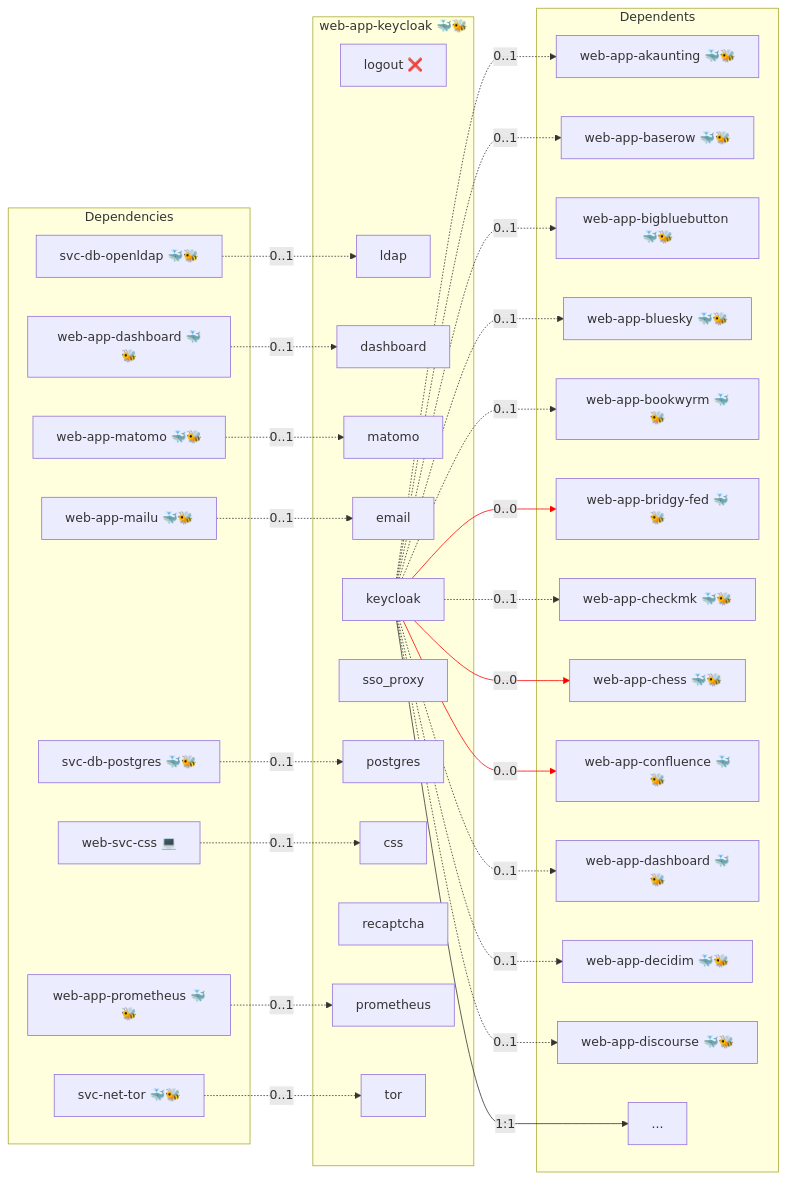
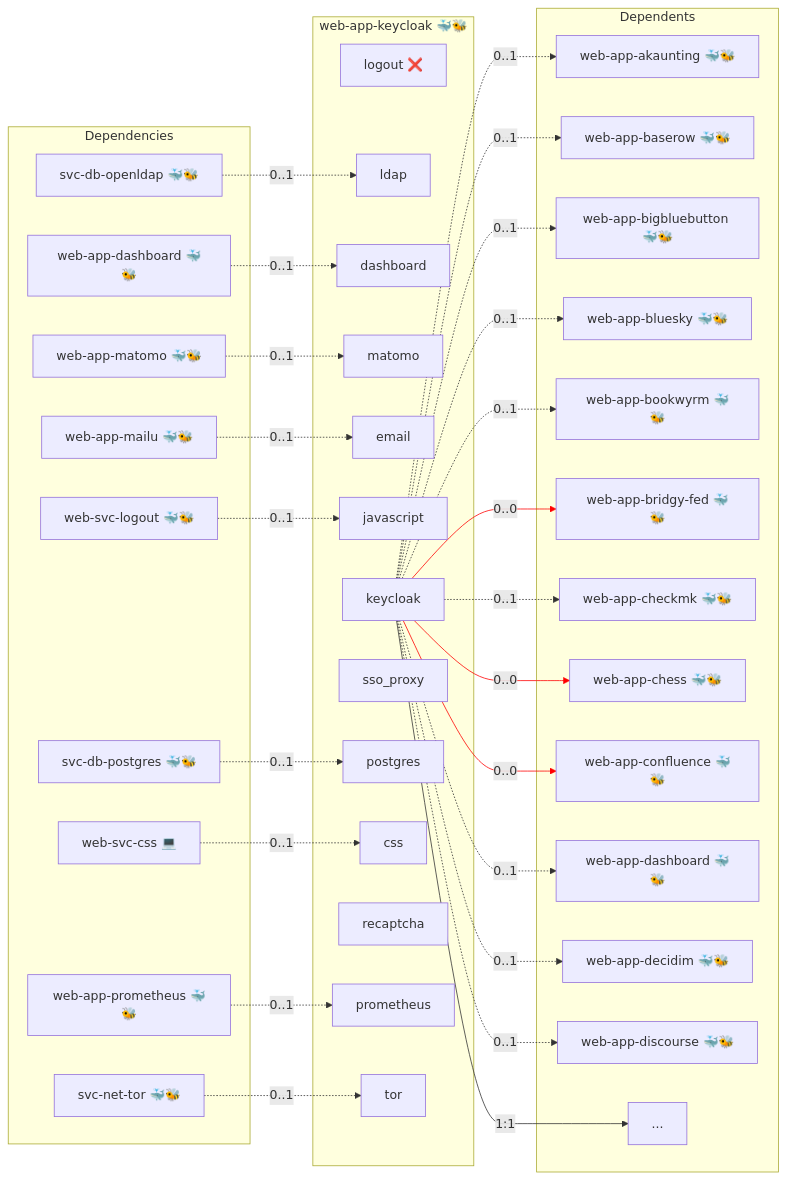
The diagram in roles/web-app-keycloak/README.md (AlejandroRomanIbanez/infinito-nexus), drawn with Mermaid before and after one commit. The commit also changed 1154 other files, not shown here.

````diff
--- a/roles/web-app-keycloak/README.md
+++ b/roles/web-app-keycloak/README.md
@@ -15,64 +15,67 @@
 ```mermaid
 flowchart LR
     subgraph deps [Dependencies]
         dep_svc_db_openldap["svc-db-openldap 🐳🐝"]
         dep_svc_db_postgres["svc-db-postgres 🐳🐝"]
         dep_svc_net_tor["svc-net-tor 🐳🐝"]
         dep_web_app_dashboard["web-app-dashboard 🐳🐝"]
         dep_web_app_mailu["web-app-mailu 🐳🐝"]
         dep_web_app_matomo["web-app-matomo 🐳🐝"]
         dep_web_app_prometheus["web-app-prometheus 🐳🐝"]
         dep_web_svc_css["web-svc-css 💻"]
+        dep_web_svc_logout["web-svc-logout 🐳🐝"]
     end
     subgraph role [web-app-keycloak 🐳🐝]
         svc_logout["logout ❌"]
         svc_ldap["ldap"]
         svc_dashboard["dashboard"]
         svc_matomo["matomo"]
         svc_email["email"]
+        svc_javascript["javascript"]
         svc_keycloak["keycloak"]
         svc_sso_proxy["sso_proxy"]
         svc_postgres["postgres"]
         svc_css["css"]
         svc_recaptcha["recaptcha"]
         svc_prometheus["prometheus"]
         svc_tor["tor"]
     end
     subgraph dependents [Dependents]
         dpt_web_app_akaunting["web-app-akaunting 🐳🐝"]
         dpt_web_app_baserow["web-app-baserow 🐳🐝"]
         dpt_web_app_bigbluebutton["web-app-bigbluebutton 🐳🐝"]
         dpt_web_app_bluesky["web-app-bluesky 🐳🐝"]
         dpt_web_app_bookwyrm["web-app-bookwyrm 🐳🐝"]
         dpt_web_app_bridgy_fed["web-app-bridgy-fed 🐳🐝"]
         dpt_web_app_checkmk["web-app-checkmk 🐳🐝"]
         dpt_web_app_chess["web-app-chess 🐳🐝"]
         dpt_web_app_confluence["web-app-confluence 🐳🐝"]
         dpt_web_app_dashboard["web-app-dashboard 🐳🐝"]
         dpt_web_app_decidim["web-app-decidim 🐳🐝"]
         dpt_web_app_discourse["web-app-discourse 🐳🐝"]
         dpt_more["..."]
     end
     dep_svc_db_openldap -. "0..1" .-> svc_ldap
     dep_svc_db_postgres -. "0..1" .-> svc_postgres
     dep_svc_net_tor -. "0..1" .-> svc_tor
     dep_web_app_dashboard -. "0..1" .-> svc_dashboard
     dep_web_app_mailu -. "0..1" .-> svc_email
     dep_web_app_matomo -. "0..1" .-> svc_matomo
     dep_web_app_prometheus -. "0..1" .-> svc_prometheus
     dep_web_svc_css -. "0..1" .-> svc_css
+    dep_web_svc_logout -. "0..1" .-> svc_javascript
     svc_keycloak -- "1:1" --> dpt_more
     svc_keycloak -. "0..1" .-> dpt_web_app_akaunting
     svc_keycloak -. "0..1" .-> dpt_web_app_baserow
     svc_keycloak -. "0..1" .-> dpt_web_app_bigbluebutton
     svc_keycloak -. "0..1" .-> dpt_web_app_bluesky
     svc_keycloak -. "0..1" .-> dpt_web_app_bookwyrm
     svc_keycloak -- "0..0" --> dpt_web_app_bridgy_fed
     svc_keycloak -. "0..1" .-> dpt_web_app_checkmk
     svc_keycloak -- "0..0" --> dpt_web_app_chess
     svc_keycloak -- "0..0" --> dpt_web_app_confluence
     svc_keycloak -. "0..1" .-> dpt_web_app_dashboard
     svc_keycloak -. "0..1" .-> dpt_web_app_decidim
     svc_keycloak -. "0..1" .-> dpt_web_app_discourse
-    linkStyle 14,16,17 stroke:red;
+    linkStyle 15,17,18 stroke:red;
 ```
````
